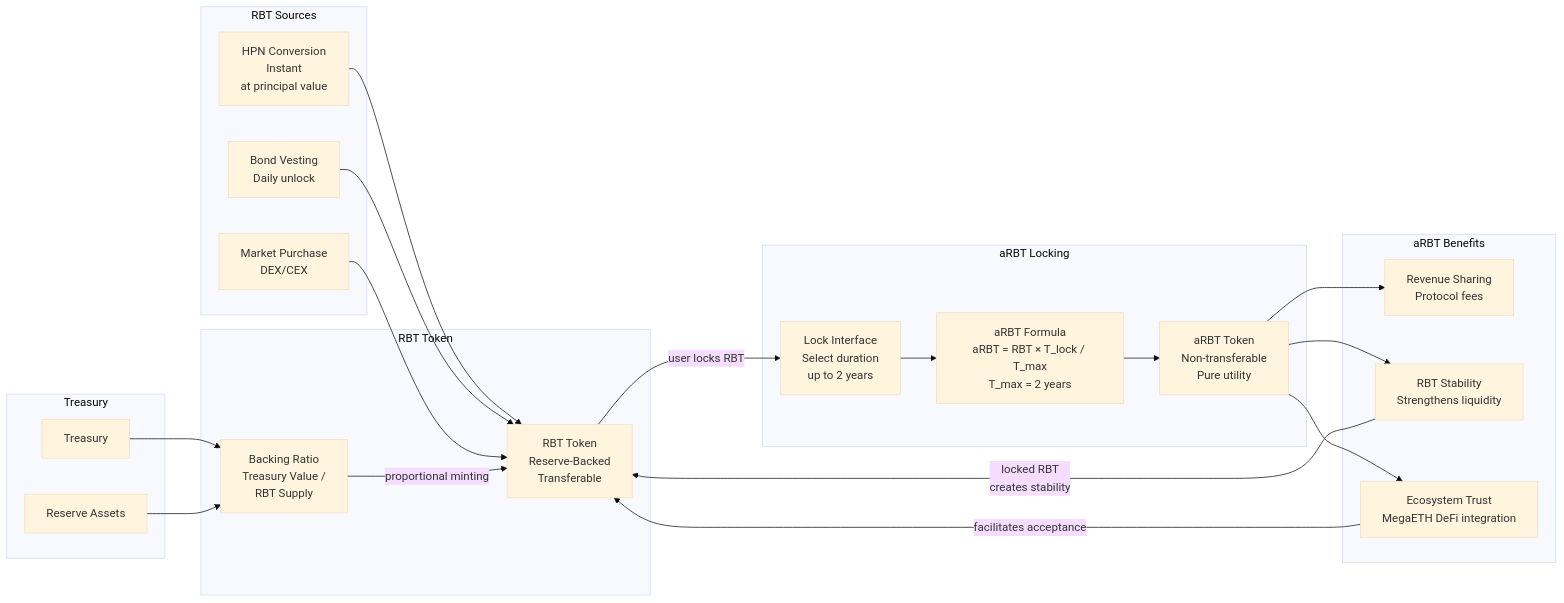
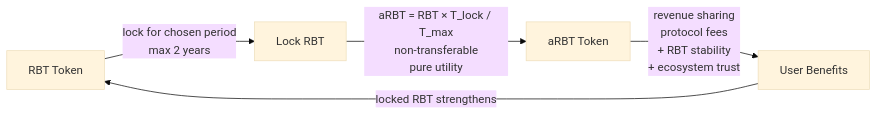
One commit to 0xJaehaerys/ohmega changed the seventh of 10 diagrams in blackhaven-architecture-diagrams.md. Above: the diagram before and after it, drawn with Mermaid (base theme). The commit also changed other lines of this file, not shown here.

Commit message:
Simplify all diagrams: small blocks with detailed arrows, split complex flows

````diff
--- a/blackhaven-architecture-diagrams.md
+++ b/blackhaven-architecture-diagrams.md
@@ -199,49 +180,13 @@
 ```mermaid
 graph LR
-    subgraph "RBT Sources"
-        HPN_CONVERT[HPN Conversion<br/>Instant<br/>at principal value]
-        BOND_VEST[Bond Vesting<br/>Daily unlock]
-        MARKET_BUY[Market Purchase<br/>DEX/CEX]
-    end
+    RBT[RBT Token]
+    LOCK[Lock RBT]
+    ARBT[aRBT Token]
     
-    subgraph "RBT Token"
-        RBT[RBT Token<br/>Reserve-Backed<br/>Transferable]
-        BACKING[Backing Ratio<br/>Treasury Value /<br/>RBT Supply]
-    end
+    USER_BENEFITS[User Benefits]
     
-    subgraph "aRBT Locking"
-        LOCK_UI[Lock Interface<br/>Select duration<br/>up to 2 years]
-        FORMULA[aRBT Formula<br/>aRBT = RBT × T_lock / T_max<br/>T_max = 2 years]
-        ARBT[aRBT Token<br/>Non-transferable<br/>Pure utility]
-    end
-    
-    subgraph "aRBT Benefits"
-        REVENUE[Revenue Sharing<br/>Protocol fees]
-        STABILITY[RBT Stability<br/>Strengthens liquidity]
-        TRUST[Ecosystem Trust<br/>MegaETH DeFi integration]
-    end
-    
-    subgraph "Treasury"
-        TREASURY[Treasury]
-        RESERVE[Reserve Assets]
-    end
-    
-    HPN_CONVERT --> RBT
-    BOND_VEST --> RBT
-    MARKET_BUY --> RBT
-    
-    TREASURY --> BACKING
-    RESERVE --> BACKING
-    BACKING -->|proportional minting| RBT
-    
-    RBT -->|user locks RBT| LOCK_UI
-    LOCK_UI --> FORMULA
-    FORMULA --> ARBT
-    
-    ARBT --> REVENUE
-    ARBT --> STABILITY
-    ARBT --> TRUST
-    
-    STABILITY -->|locked RBT<br/>creates stability| RBT
-    TRUST -->|facilitates acceptance| RBT
+    RBT -->|lock for chosen period<br/>max 2 years| LOCK
+    LOCK -->|aRBT = RBT × T_lock / T_max<br/>non-transferable<br/>pure utility| ARBT
+    ARBT -->|revenue sharing<br/>protocol fees<br/>+ RBT stability<br/>+ ecosystem trust| USER_BENEFITS
+    USER_BENEFITS -->|locked RBT strengthens| RBT
 ```
````
